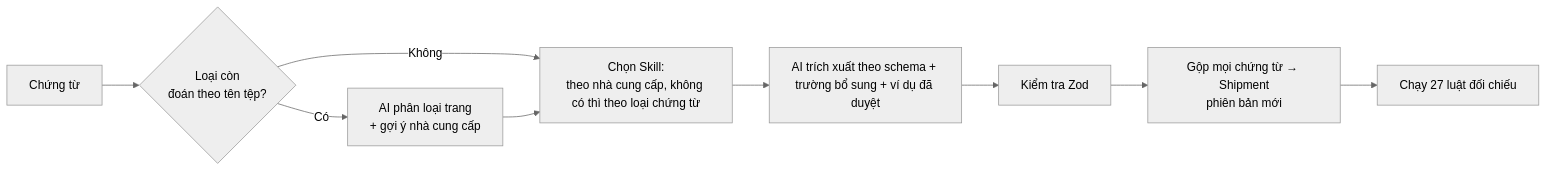
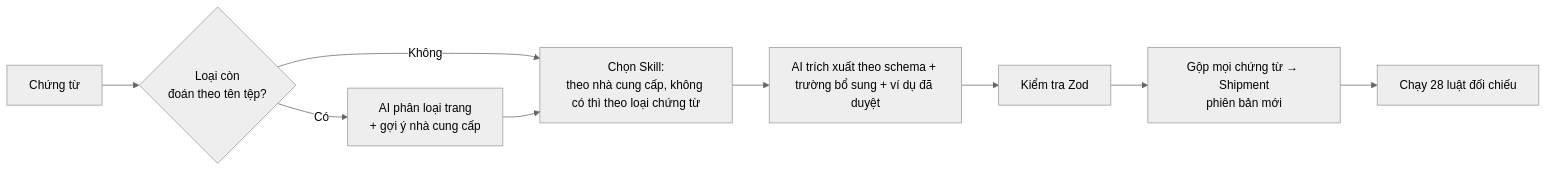
One commit to minhnhacmu2308/chung-tu-hq changed the fifth of 8 diagrams in docs/QUY-TRINH-NGHIEP-VU.md. Above: the diagram before and after it, drawn with Mermaid (neutral theme). The commit also changed other lines of this file and 53 other files, not shown here.

````diff
--- a/docs/QUY-TRINH-NGHIEP-VU.md
+++ b/docs/QUY-TRINH-NGHIEP-VU.md
@@ -148,9 +148,9 @@
 ```mermaid
 flowchart LR
   U[Chứng từ] --> C{Loại còn<br/>đoán theo tên tệp?}
   C -- Có --> AI1[AI phân loại trang<br/>+ gợi ý nhà cung cấp]
   C -- Không --> SK
   AI1 --> SK[Chọn Skill:<br/>theo nhà cung cấp, không có thì theo loại chứng từ]
   SK --> AI2[AI trích xuất theo schema + trường bổ sung + ví dụ đã duyệt]
-  AI2 --> Z[Kiểm tra Zod] --> M[Gộp mọi chứng từ → Shipment<br/>phiên bản mới] --> V[Chạy 27 luật đối chiếu]
+  AI2 --> Z[Kiểm tra Zod] --> M[Gộp mọi chứng từ → Shipment<br/>phiên bản mới] --> V[Chạy 28 luật đối chiếu]
 ```
````
